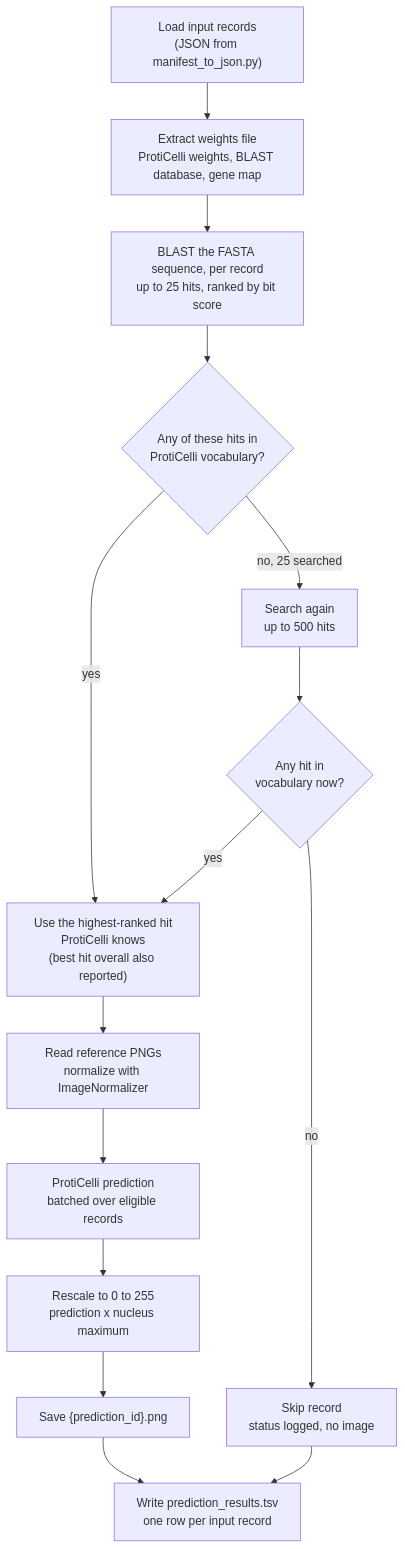
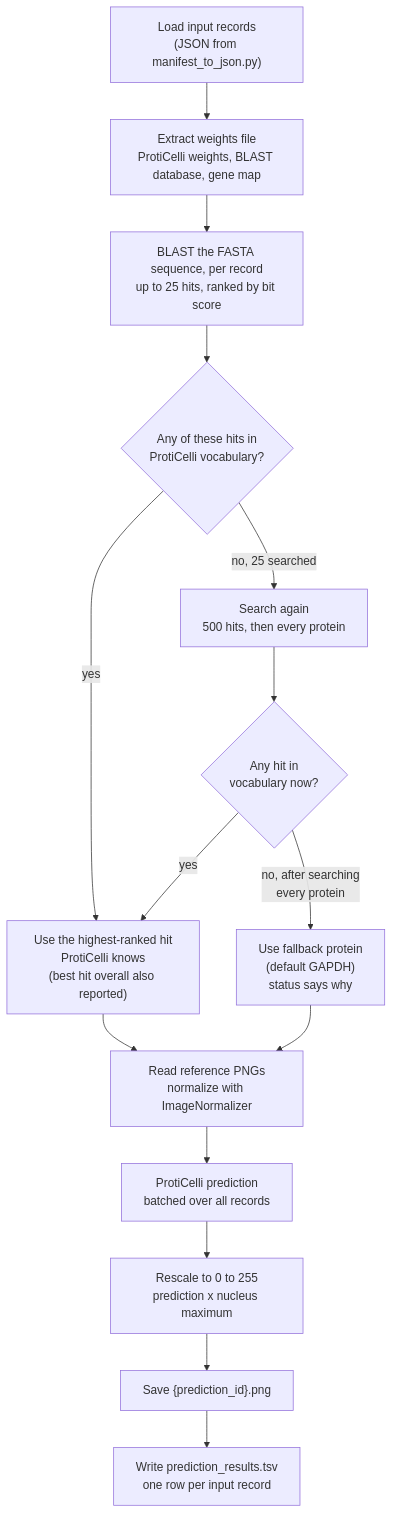
Before and after one commit to cm4ai-anvil-dream-challenge/blast-proticelli: the diagram in README.md, drawn with Mermaid. The commit also changed other lines of this file and 2 other files, not shown here.

First line of the commit message:
Never skip a record: widen BLAST to every protein, then use a fallback protein

````diff
--- a/README.md
+++ b/README.md
@@ -12,17 +12,17 @@
 ```mermaid
 flowchart TD
     A["Load input records<br/>(JSON from manifest_to_json.py)"] --> B["Extract weights file<br/>ProtiCelli weights, BLAST database, gene map"]
     B --> C["BLAST the FASTA sequence, per record<br/>up to 25 hits, ranked by bit score"]
     C --> D{"Any of these hits in<br/>ProtiCelli vocabulary?"}
     D -- yes --> U["Use the highest-ranked hit<br/>ProtiCelli knows<br/>(best hit overall also reported)"]
-    D -- "no, 25 searched" --> W["Search again<br/>up to 500 hits"]
+    D -- "no, 25 searched" --> W["Search again<br/>500 hits, then every protein"]
     W --> D2{"Any hit in<br/>vocabulary now?"}
     D2 -- yes --> U
-    D2 -- no --> E["Skip record<br/>status logged, no image"]
+    D2 -- "no, after searching<br/>every protein" --> E["Use fallback protein<br/>(default GAPDH)<br/>status says why"]
     U --> N["Read reference PNGs<br/>normalize with ImageNormalizer"]
-    N --> F["ProtiCelli prediction<br/>batched over eligible records"]
+    E --> N
+    N --> F["ProtiCelli prediction<br/>batched over all records"]
     F --> R["Rescale to 0 to 255<br/>prediction x nucleus maximum"]
     R --> G["Save {prediction_id}.png"]
-    E --> H["Write prediction_results.tsv<br/>one row per input record"]
-    G --> H
+    G --> H["Write prediction_results.tsv<br/>one row per input record"]
 ```
````
